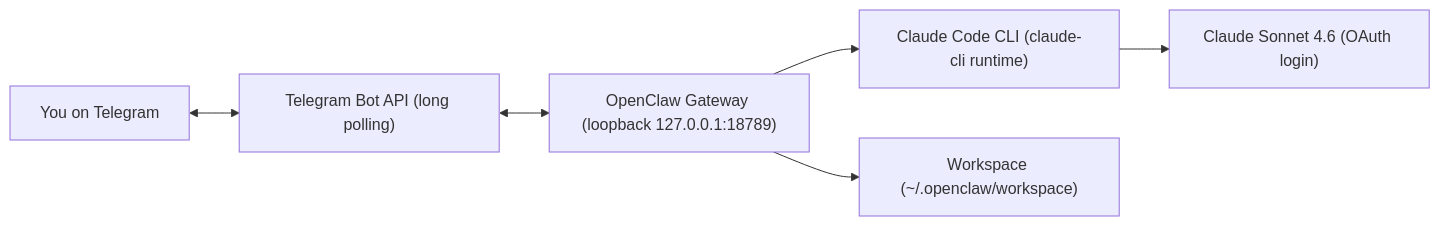
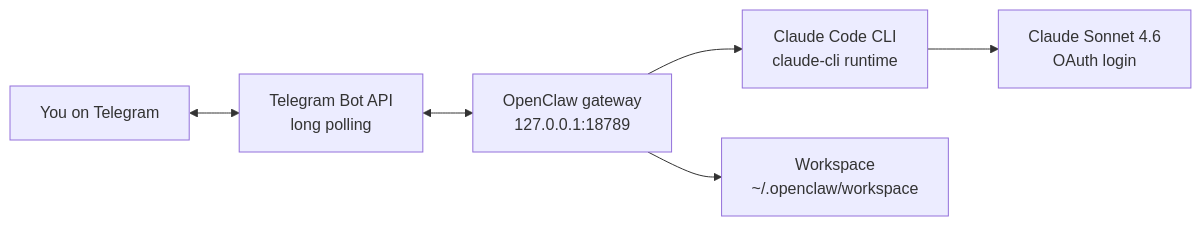
Before and after one commit to philong-buile/lobi_agent: the diagram in README.md, drawn with Mermaid. The commit also changed other lines of this file and 2 other files, not shown here.

````diff
--- a/README.md
+++ b/README.md
@@ -13,8 +80,8 @@
 ```mermaid
 flowchart LR
-    U["You on Telegram"] <--> TG["Telegram Bot API (long polling)"]
-    TG <--> GW["OpenClaw Gateway (loopback 127.0.0.1:18789)"]
-    GW --> CC["Claude Code CLI (claude-cli runtime)"]
-    CC --> AN["Claude Sonnet 4.6 (OAuth login)"]
-    GW --> WS["Workspace (~/.openclaw/workspace)"]
+  U["You on Telegram"] <--> TG["Telegram Bot API<br/>long polling"]
+  TG <--> GW["OpenClaw gateway<br/>127.0.0.1:18789"]
+  GW --> CC["Claude Code CLI<br/>claude-cli runtime"]
+  CC --> AN["Claude Sonnet 4.6<br/>OAuth login"]
+  GW --> WS["Workspace<br/>~/.openclaw/workspace"]
 ```
````
